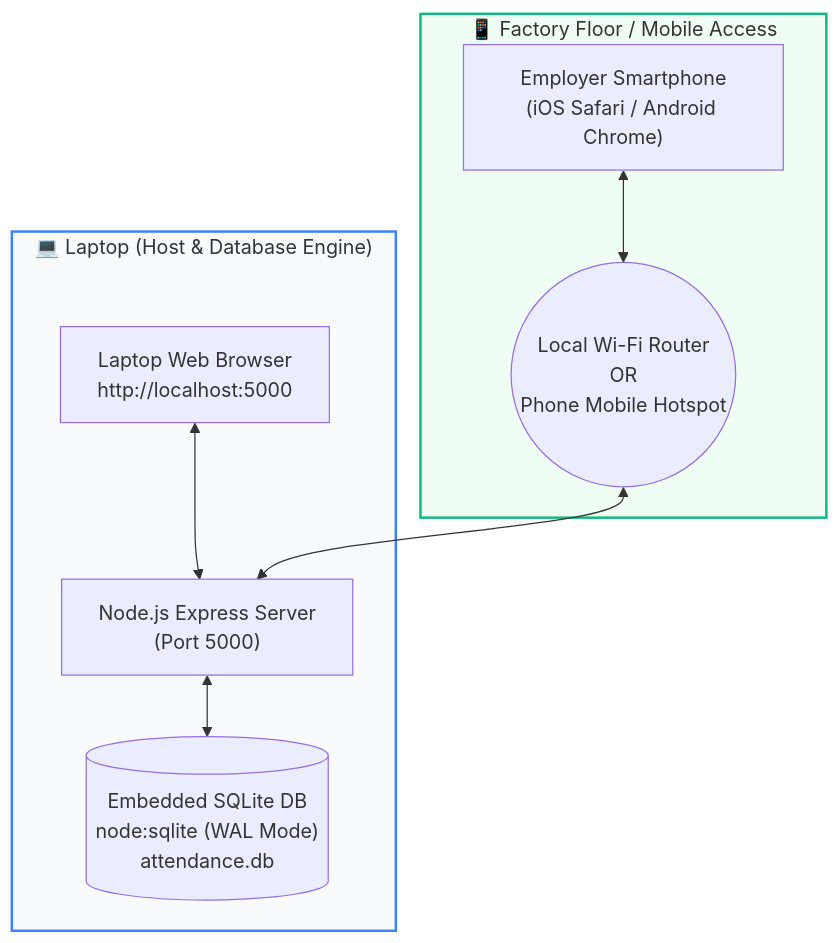
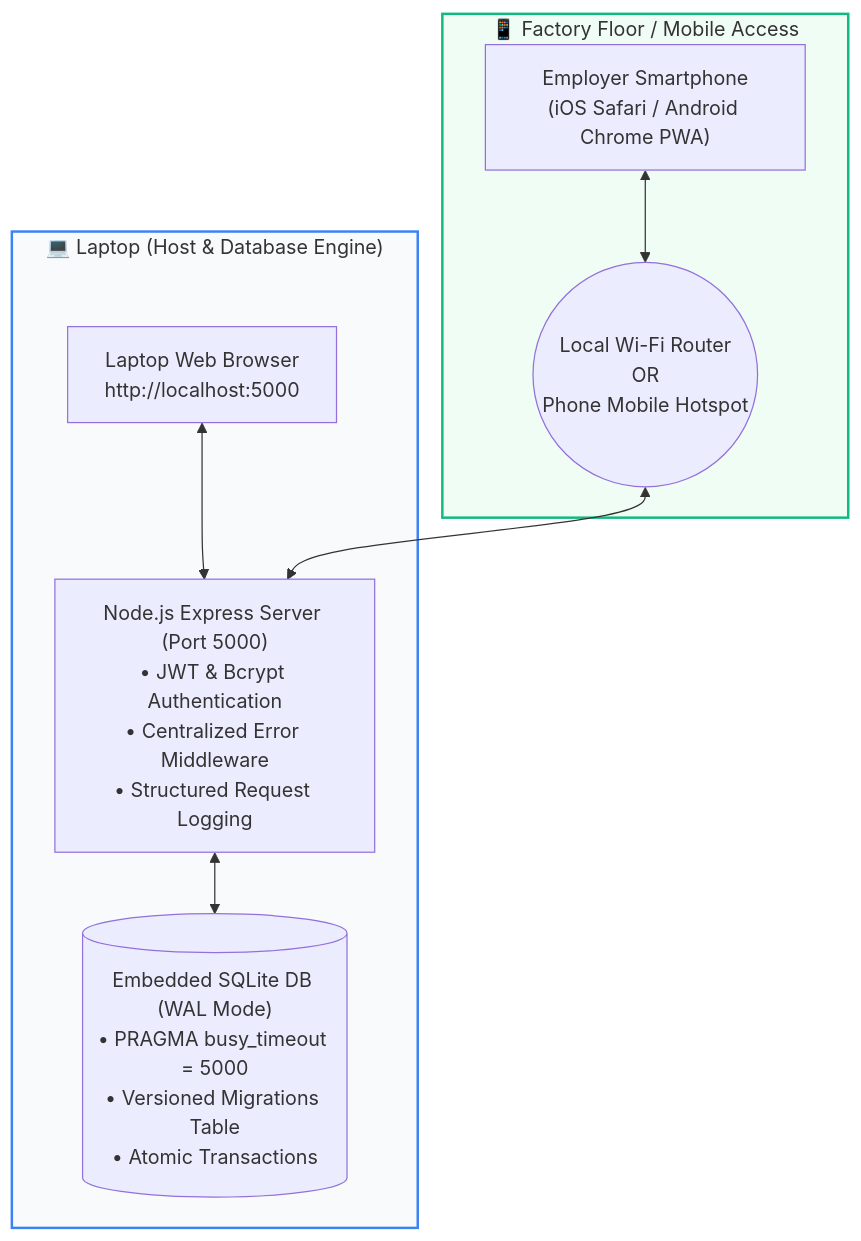
Before and after one commit to MSAgarwal/WorkerWage: the first of 2 diagrams in README.md, drawn with Mermaid. The commit also changed other lines of this file and 9 other files, not shown here.

````diff
--- a/README.md
+++ b/README.md
@@ -52,21 +39,21 @@
 ```mermaid
 flowchart TD
     subgraph Host["💻 Laptop (Host & Database Engine)"]
-        Server["Node.js Express Server\n(Port 5000)"]
-        DB[("Embedded SQLite DB\nnode:sqlite (WAL Mode)\nattendance.db")]
+        Server["Node.js Express Server (Port 5000)\n• JWT & Bcrypt Authentication\n• Centralized Error Middleware\n• Structured Request Logging"]
+        DB[("Embedded SQLite DB (WAL Mode)\n• PRAGMA busy_timeout = 5000\n• Versioned Migrations Table\n• Atomic Transactions")]
         Server <--> DB
         LocalBrowser["Laptop Web Browser\nhttp://localhost:5000"] <--> Server
     end
 
     subgraph Floor["📱 Factory Floor / Mobile Access"]
-        Phone["Employer Smartphone\n(iOS Safari / Android Chrome)"]
+        Phone["Employer Smartphone\n(iOS Safari / Android Chrome PWA)"]
         WiFi(("Local Wi-Fi Router\nOR\nPhone Mobile Hotspot"))
         Phone <--> WiFi
         WiFi <--> Server
     end
 
     classDef host fill:#f8fafc,stroke:#3b82f6,stroke-width:2px;
     classDef mobile fill:#f0fdf4,stroke:#10b981,stroke-width:2px;
     class Host host;
     class Floor mobile;
 ```
````
